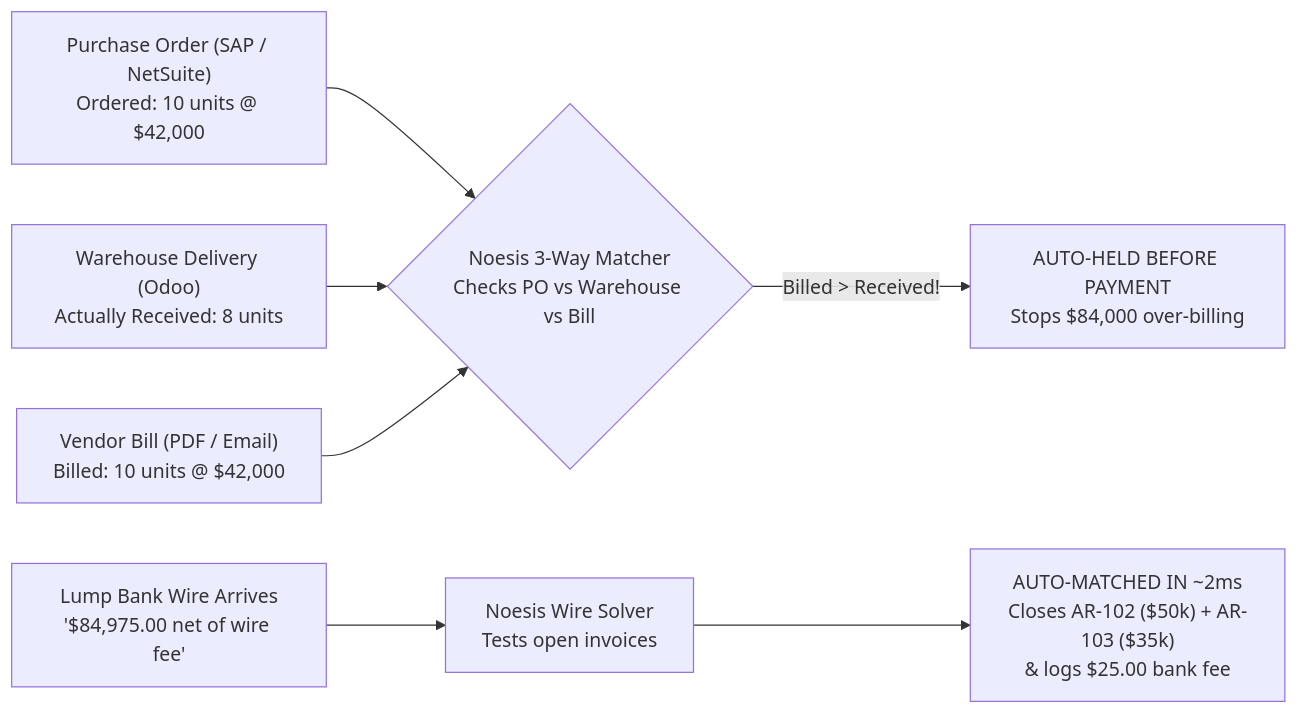
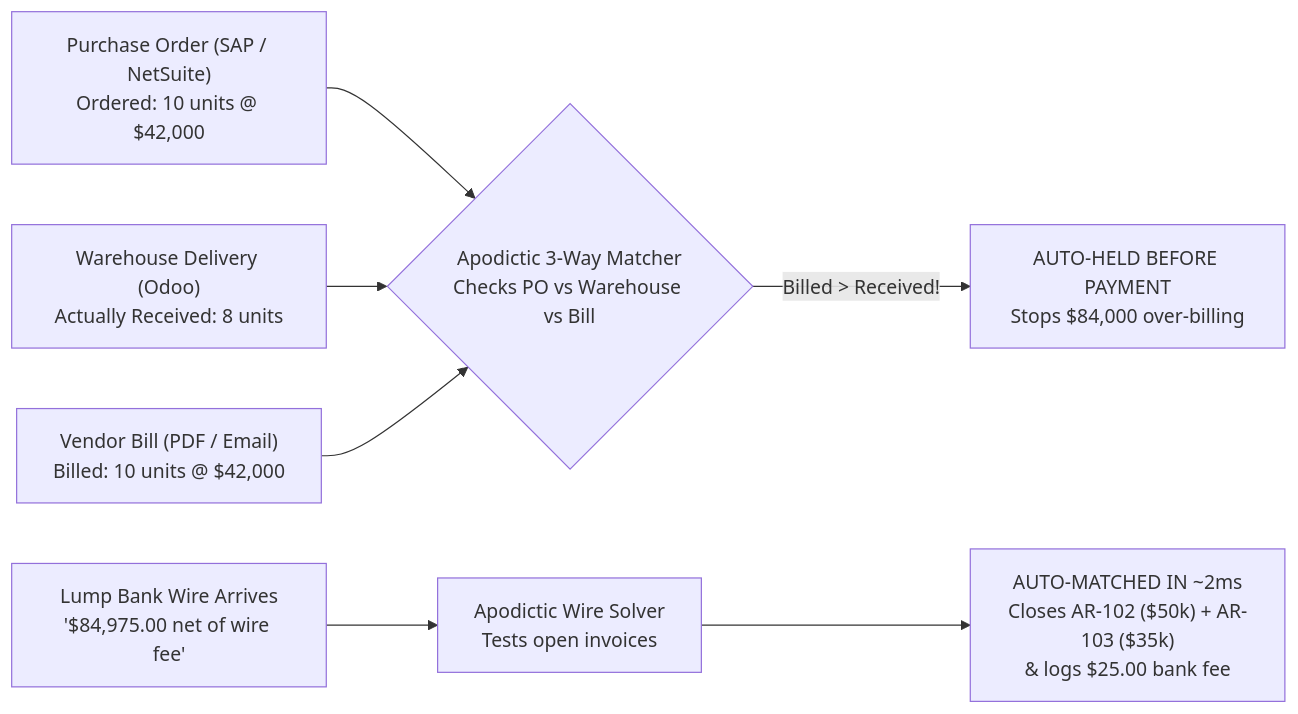
The diagram in gists/04-nontech-erp-autopilot/01-THREE-WAY-MATCH-SIMPLE.mermaid (sofiantarek2009-hash/apodictic-verified-proofs), drawn with Mermaid before and after one commit. The commit also changed 61 other files, not shown here.

```diff
--- a/gists/04-nontech-erp-autopilot/01-THREE-WAY-MATCH-SIMPLE.mermaid
+++ b/gists/04-nontech-erp-autopilot/01-THREE-WAY-MATCH-SIMPLE.mermaid
@@ -1,9 +1,9 @@
 flowchart LR
-    PO["Purchase Order (SAP / NetSuite)\nOrdered: 10 units @ $42,000"] --> MATCH{"Noesis 3-Way Matcher\nChecks PO vs Warehouse vs Bill"}
+    PO["Purchase Order (SAP / NetSuite)\nOrdered: 10 units @ $42,000"] --> MATCH{"Apodictic 3-Way Matcher\nChecks PO vs Warehouse vs Bill"}
     WH["Warehouse Delivery (Odoo)\nActually Received: 8 units"] --> MATCH
     BILL["Vendor Bill (PDF / Email)\nBilled: 10 units @ $42,000"] --> MATCH
 
     MATCH -->|"Billed > Received!"| HOLD["AUTO-HELD BEFORE PAYMENT\nStops $84,000 over-billing"]
 
-    BANK["Lump Bank Wire Arrives\n'$84,975.00 net of wire fee'"] --> SUBSET["Noesis Wire Solver\nTests open invoices"]
+    BANK["Lump Bank Wire Arrives\n'$84,975.00 net of wire fee'"] --> SUBSET["Apodictic Wire Solver\nTests open invoices"]
     SUBSET --> DONE["AUTO-MATCHED IN ~2ms\nCloses AR-102 ($50k) + AR-103 ($35k)\n& logs $25.00 bank fee"]
```
